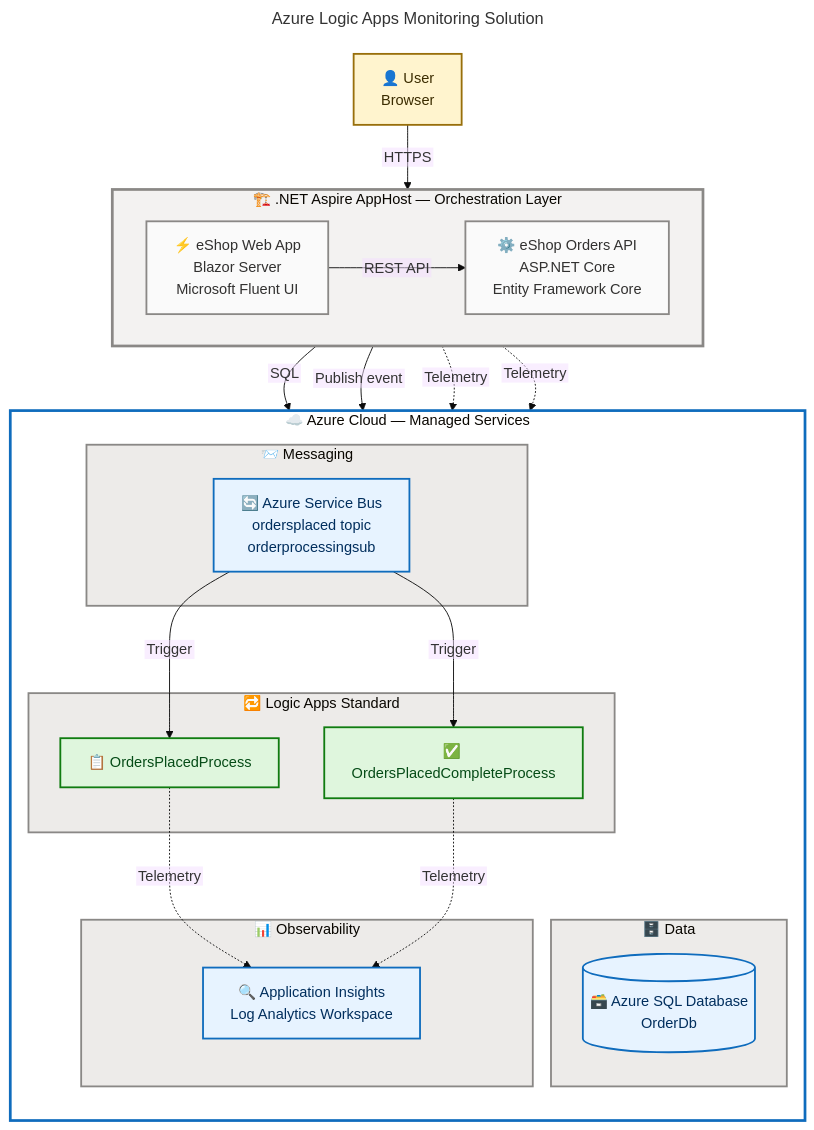
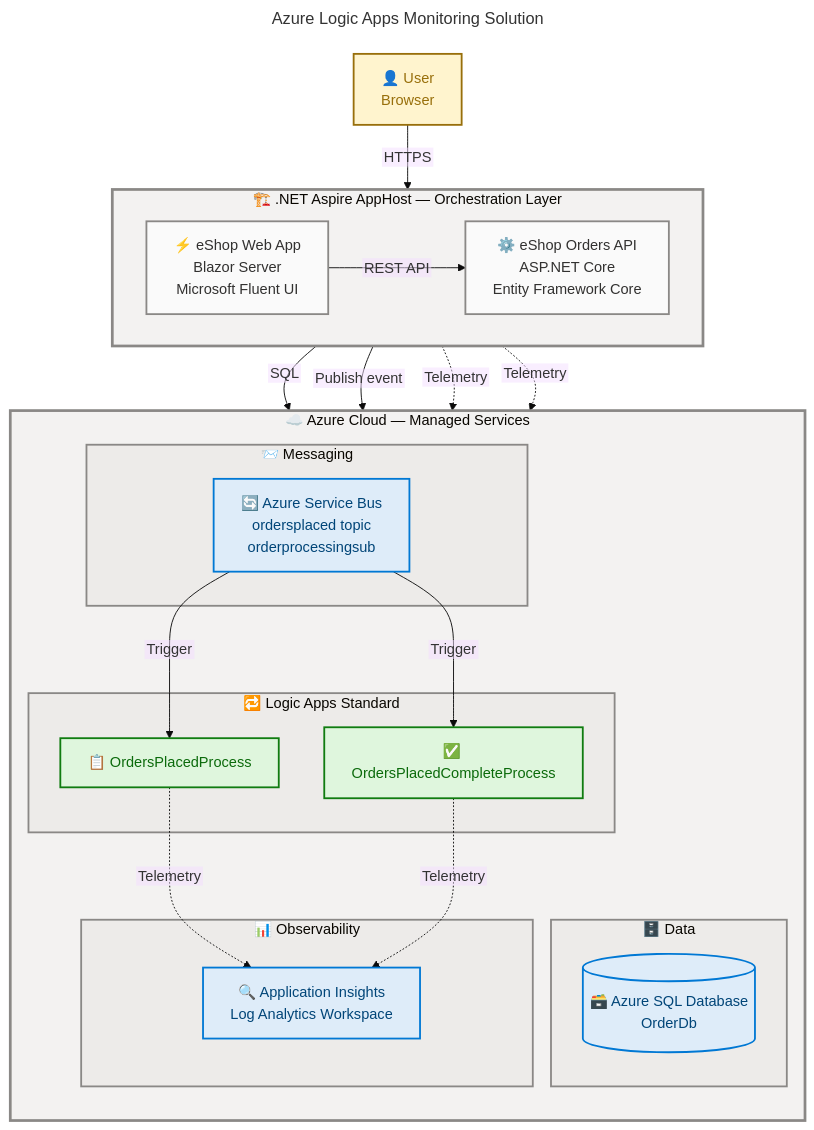
The diagram in README.md (Evilazaro/Azure-LogicApps-Monitoring), drawn with Mermaid before and after one commit.

Commit message:
docs: update architecture diagram styles for improved clarity and consistency

````diff
--- a/README.md
+++ b/README.md
@@ -49,62 +49,62 @@
 ```mermaid
 ---
 title: Azure Logic Apps Monitoring Solution
 config:
   theme: base
   themeVariables:
     fontSize: '16px'
   flowchart:
     htmlLabels: false
 ---
 flowchart TB
     accTitle: Azure Logic Apps Monitoring Solution Architecture
     accDescr: Full-stack .NET Aspire application with eShop Web App and Orders API integrated with Azure Service Bus, Logic Apps Standard, Azure SQL Database, and Application Insights for end-to-end order monitoring
 
-    classDef external fill:#FFF4CE,stroke:#986F0B,stroke-width:2px,color:#3B2C00
+    classDef external fill:#FFF4CE,stroke:#986F0B,stroke-width:2px,color:#986F0B
     classDef neutral fill:#FAFAFA,stroke:#8A8886,stroke-width:2px,color:#323130
-    classDef info fill:#E7F3FF,stroke:#0F6CBD,stroke-width:2px,color:#002E5D
-    classDef success fill:#DFF6DD,stroke:#107C10,stroke-width:2px,color:#054B16
+    classDef info fill:#DEECF9,stroke:#0078D4,stroke-width:2px,color:#004578
+    classDef success fill:#DFF6DD,stroke:#107C10,stroke-width:2px,color:#0B6A0B
 
     User["👤 User\nBrowser"]:::external
 
     subgraph aspire["🏗️ .NET Aspire AppHost — Orchestration Layer"]
         direction LR
         WebApp["⚡ eShop Web App\nBlazor Server\nMicrosoft Fluent UI"]:::neutral
         OrdersAPI["⚙️ eShop Orders API\nASP.NET Core\nEntity Framework Core"]:::neutral
         WebApp -->|REST API| OrdersAPI
     end
 
     subgraph azure["☁️ Azure Cloud — Managed Services"]
         direction TB
         subgraph messaging["📨 Messaging"]
             ServiceBus["🔄 Azure Service Bus\nordersplaced topic\norderprocessingsub"]:::info
         end
         subgraph data["🗄️ Data"]
             SqlDB[("🗃️ Azure SQL Database\nOrderDb")]:::info
         end
         subgraph workflows["🔁 Logic Apps Standard"]
             WF1["📋 OrdersPlacedProcess"]:::success
             WF2["✅ OrdersPlacedCompleteProcess"]:::success
         end
         subgraph monitoring["📊 Observability"]
             AppInsights["🔍 Application Insights\nLog Analytics Workspace"]:::info
         end
     end
 
     User -->|HTTPS| WebApp
     OrdersAPI -->|SQL| SqlDB
     OrdersAPI -->|Publish event| ServiceBus
     ServiceBus -->|Trigger| WF1
     ServiceBus -->|Trigger| WF2
     WebApp -.->|Telemetry| AppInsights
     OrdersAPI -.->|Telemetry| AppInsights
     WF1 -.->|Telemetry| AppInsights
     WF2 -.->|Telemetry| AppInsights
 
     style aspire fill:#F3F2F1,stroke:#8A8886,stroke-width:3px,color:#323130
-    style azure fill:#FFFFFF,stroke:#0F6CBD,stroke-width:3px,color:#002E5D
+    style azure fill:#F3F2F1,stroke:#8A8886,stroke-width:3px,color:#323130
     style messaging fill:#EDEBE9,stroke:#8A8886,stroke-width:2px,color:#323130
     style data fill:#EDEBE9,stroke:#8A8886,stroke-width:2px,color:#323130
     style workflows fill:#EDEBE9,stroke:#8A8886,stroke-width:2px,color:#323130
     style monitoring fill:#EDEBE9,stroke:#8A8886,stroke-width:2px,color:#323130
 ```
````
